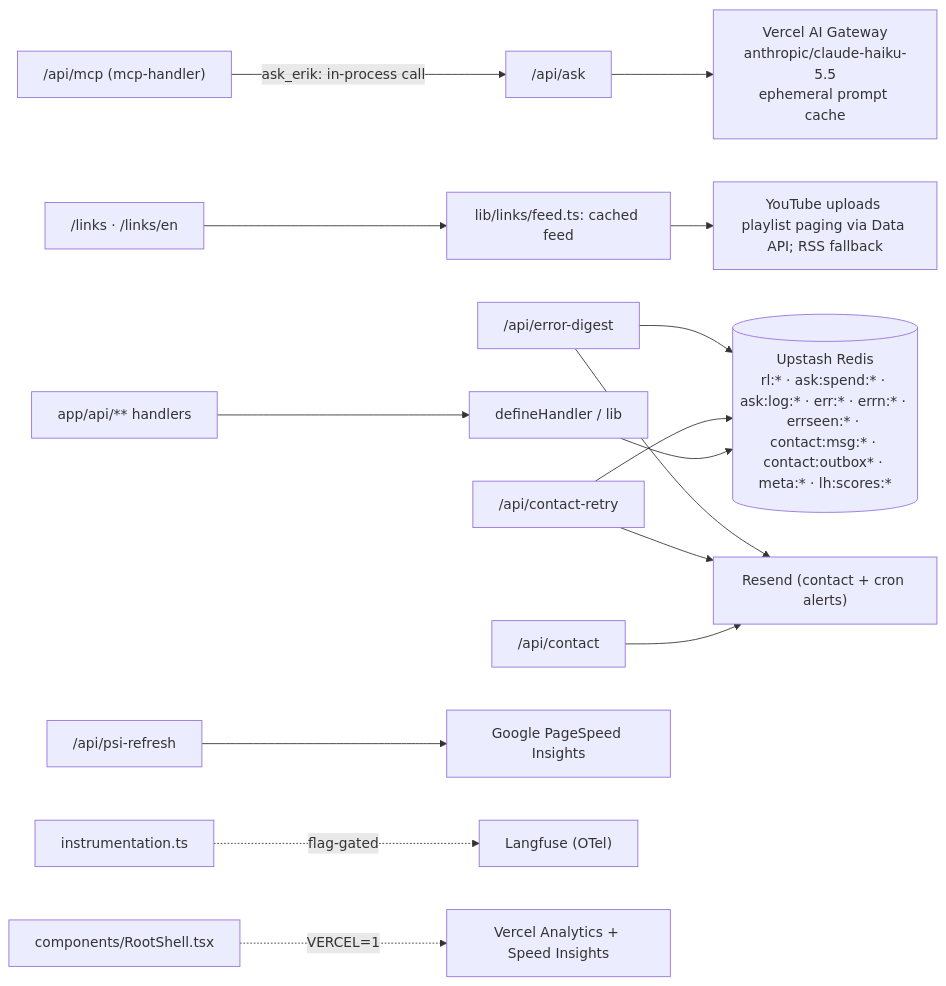
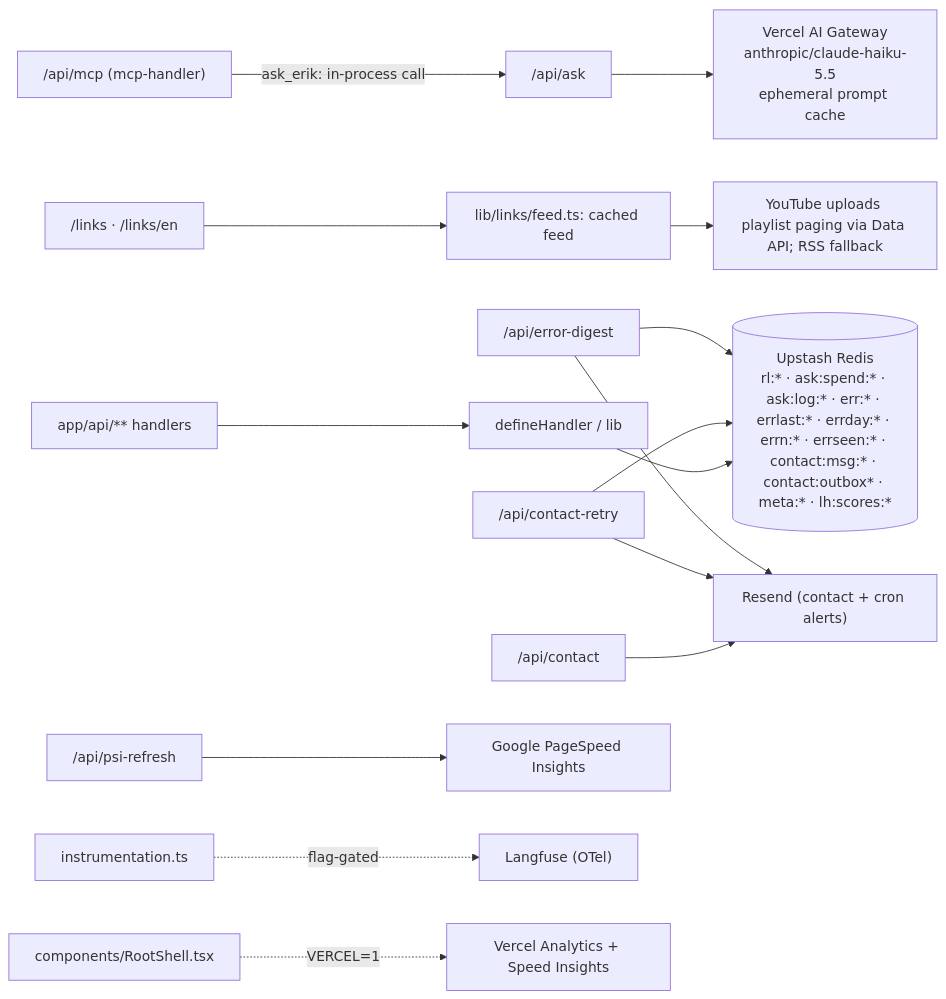
The diagram in docs/05-api-and-integrations.md (erikunha/portfolio), drawn with Mermaid before and after one commit. The commit also changed other lines of this file and 6 other files, not shown here.

Commit message:
docs(architecture): record the probe scope, the error index and the parallel verify runner

````diff
--- a/docs/05-api-and-integrations.md
+++ b/docs/05-api-and-integrations.md
@@ -89,17 +89,17 @@
 ```mermaid
 flowchart LR
     routes["app/api/** handlers"] --> defh["defineHandler / lib"]
-    defh --> redis[("Upstash Redis<br/>rl:* · ask:spend:* · ask:log:* · err:* · errn:* · errseen:* · contact:msg:* · contact:outbox* · meta:* · lh:scores:*")]
+    defh --> redis[("Upstash Redis<br/>rl:* · ask:spend:* · ask:log:* · err:* · errlast:* · errday:* · errn:* · errseen:* · contact:msg:* · contact:outbox* · meta:* · lh:scores:*")]
     ask["/api/ask"] --> gw["Vercel AI Gateway<br/>anthropic/claude-haiku-5.5<br/>ephemeral prompt cache"]
     mcp["/api/mcp (mcp-handler)"] -->|ask_erik: in-process call| ask
     linkpages["/links · /links/en"] --> links["lib/links/feed.ts: cached feed"]
     links --> youtube["YouTube uploads playlist paging via Data API; RSS fallback"]
     contact["/api/contact"] --> resend["Resend (contact + cron alerts)"]
     retry["/api/contact-retry"] --> redis
     retry --> resend
     digest["/api/error-digest"] --> redis
     digest --> resend
     psicron["/api/psi-refresh"] --> psi["Google PageSpeed Insights"]
     instr["instrumentation.ts"] -.flag-gated.-> lf["Langfuse (OTel)"]
     layout["components/RootShell.tsx"] -.VERCEL=1.-> rum["Vercel Analytics + Speed Insights"]
 ```
````
